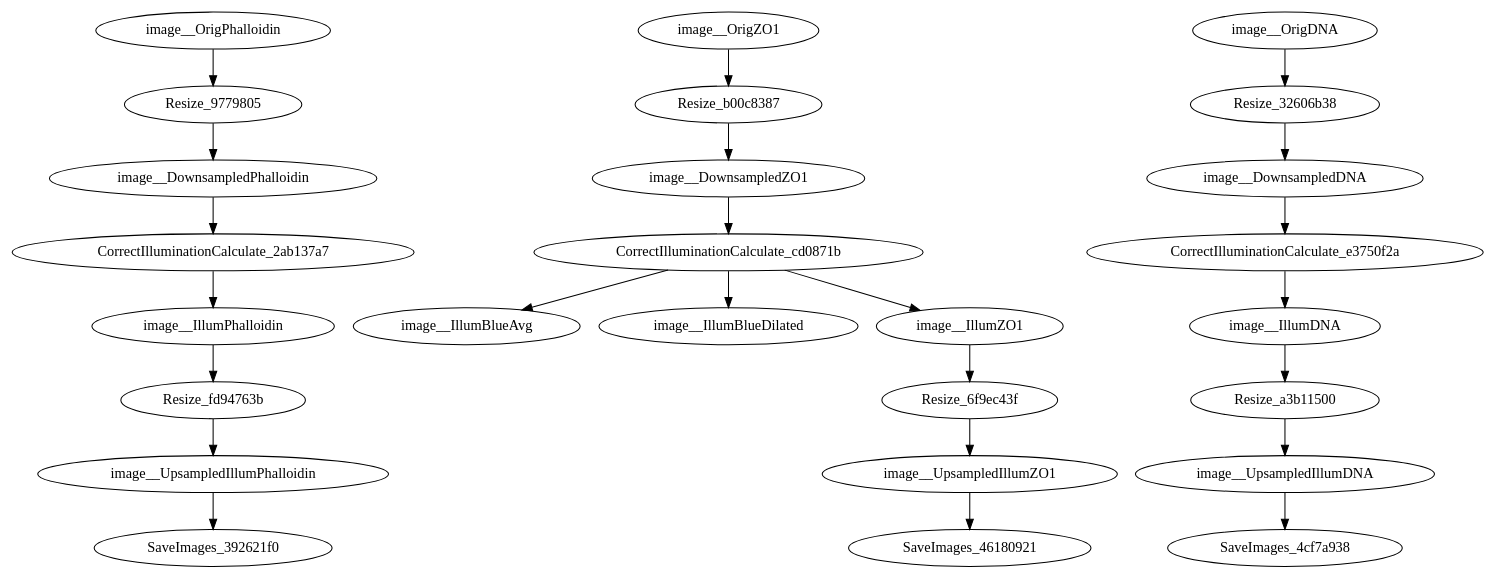
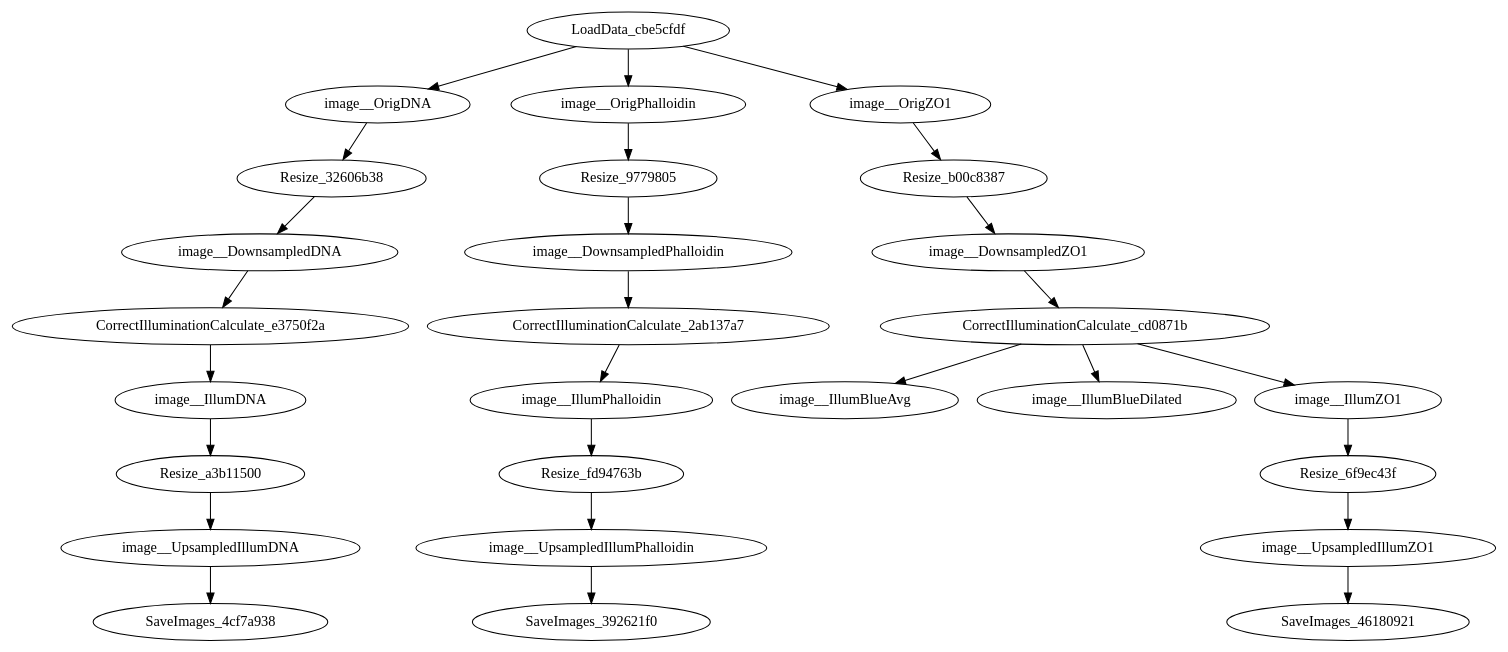
One commit to shntnu/cp_graph changed the diagram in examples/output/illum_ultra.dot. Above: the diagram before and after it, drawn with Graphviz. The commit also changed 13 other files, not shown here.

```diff
--- a/examples/output/illum_ultra.dot
+++ b/examples/output/illum_ultra.dot
@@ -1,51 +1,55 @@
 strict digraph {
 CorrectIlluminationCalculate_2ab137a7 [type=module];
 CorrectIlluminationCalculate_cd0871b [type=module];
 CorrectIlluminationCalculate_e3750f2a [type=module];
+LoadData_cbe5cfdf [type=module];
 Resize_32606b38 [type=module];
 Resize_6f9ec43f [type=module];
 Resize_9779805 [type=module];
 Resize_a3b11500 [type=module];
 Resize_b00c8387 [type=module];
 Resize_fd94763b [type=module];
 SaveImages_392621f0 [type=module];
 SaveImages_46180921 [type=module];
 SaveImages_4cf7a938 [type=module];
 image__DownsampledDNA [type=image];
 image__DownsampledPhalloidin [type=image];
 image__DownsampledZO1 [type=image];
 image__IllumBlueAvg [type=image];
 image__IllumBlueDilated [type=image];
 image__IllumDNA [type=image];
 image__IllumPhalloidin [type=image];
 image__IllumZO1 [type=image];
 image__OrigDNA [type=image];
 image__OrigPhalloidin [type=image];
 image__OrigZO1 [type=image];
 image__UpsampledIllumDNA [type=image];
 image__UpsampledIllumPhalloidin [type=image];
 image__UpsampledIllumZO1 [type=image];
 CorrectIlluminationCalculate_2ab137a7 -> image__IllumPhalloidin;
 CorrectIlluminationCalculate_cd0871b -> image__IllumBlueAvg;
 CorrectIlluminationCalculate_cd0871b -> image__IllumBlueDilated;
 CorrectIlluminationCalculate_cd0871b -> image__IllumZO1;
 CorrectIlluminationCalculate_e3750f2a -> image__IllumDNA;
+LoadData_cbe5cfdf -> image__OrigDNA;
+LoadData_cbe5cfdf -> image__OrigPhalloidin;
+LoadData_cbe5cfdf -> image__OrigZO1;
 Resize_32606b38 -> image__DownsampledDNA;
 Resize_6f9ec43f -> image__UpsampledIllumZO1;
 Resize_9779805 -> image__DownsampledPhalloidin;
 Resize_a3b11500 -> image__UpsampledIllumDNA;
 Resize_b00c8387 -> image__DownsampledZO1;
 Resize_fd94763b -> image__UpsampledIllumPhalloidin;
 image__DownsampledDNA -> CorrectIlluminationCalculate_e3750f2a;
 image__DownsampledPhalloidin -> CorrectIlluminationCalculate_2ab137a7;
 image__DownsampledZO1 -> CorrectIlluminationCalculate_cd0871b;
 image__IllumDNA -> Resize_a3b11500;
 image__IllumPhalloidin -> Resize_fd94763b;
 image__IllumZO1 -> Resize_6f9ec43f;
 image__OrigDNA -> Resize_32606b38;
 image__OrigPhalloidin -> Resize_9779805;
 image__OrigZO1 -> Resize_b00c8387;
 image__UpsampledIllumDNA -> SaveImages_4cf7a938;
 image__UpsampledIllumPhalloidin -> SaveImages_392621f0;
 image__UpsampledIllumZO1 -> SaveImages_46180921;
 }
```
